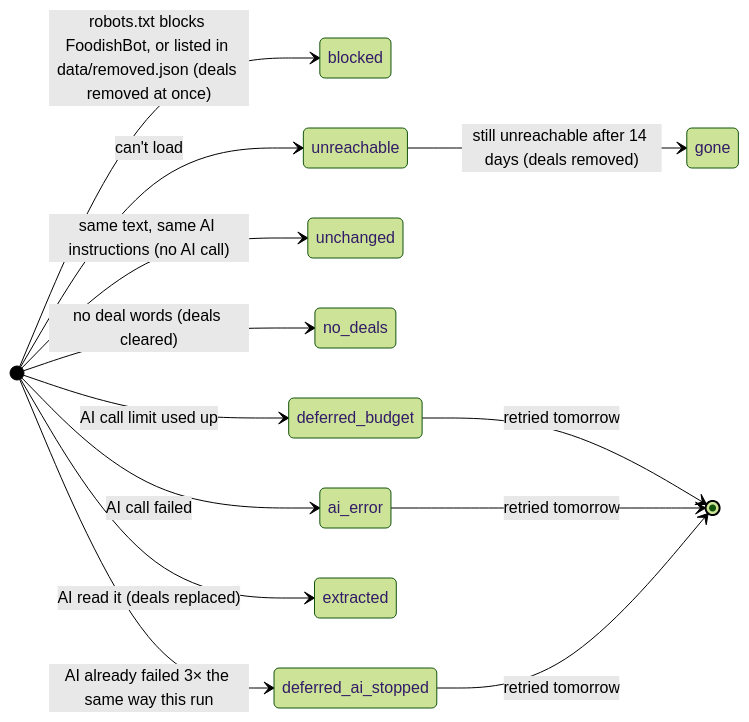
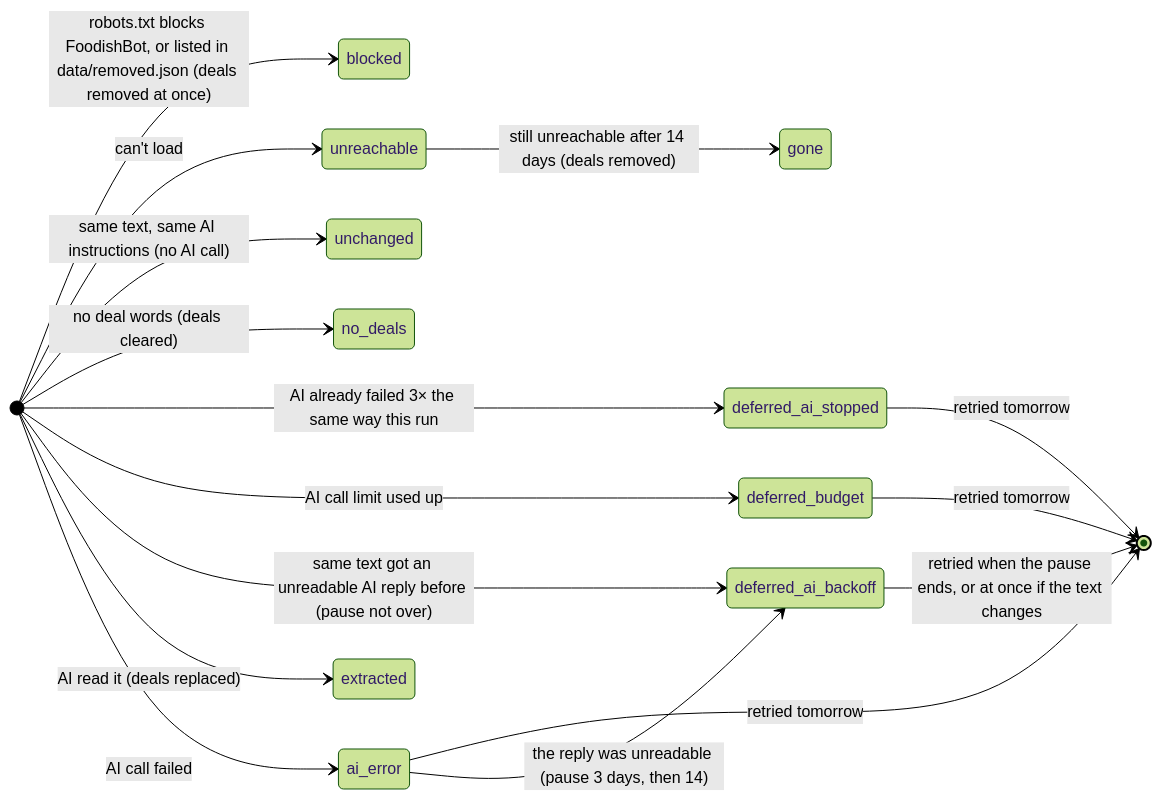
One commit to ctyhuofc/foodish changed the second of 4 diagrams in docs/STATE_MACHINES.md. Above: the diagram before and after it, drawn with Mermaid (forest theme). The commit also changed other lines of this file and 18 other files, not shown here.

````diff
--- a/docs/STATE_MACHINES.md
+++ b/docs/STATE_MACHINES.md
@@ -66,16 +66,19 @@
 ```mermaid
 stateDiagram-v2
     direction LR
     [*] --> blocked: robots.txt blocks FoodishBot, or listed in data/removed.json (deals removed at once)
     [*] --> unreachable: can't load
     unreachable --> gone: still unreachable after 14 days (deals removed)
     [*] --> unchanged: same text, same AI instructions (no AI call)
     [*] --> no_deals: no deal words (deals cleared)
     [*] --> deferred_ai_stopped: AI already failed 3× the same way this run
     [*] --> deferred_budget: AI call limit used up
+    [*] --> deferred_ai_backoff: same text got an unreadable AI reply before (pause not over)
     [*] --> extracted: AI read it (deals replaced)
     [*] --> ai_error: AI call failed
     deferred_budget --> [*]: retried tomorrow
     ai_error --> [*]: retried tomorrow
+    ai_error --> deferred_ai_backoff: the reply was unreadable (pause 3 days, then 14)
     deferred_ai_stopped --> [*]: retried tomorrow
+    deferred_ai_backoff --> [*]: retried when the pause ends, or at once if the text changes
 ```
````
